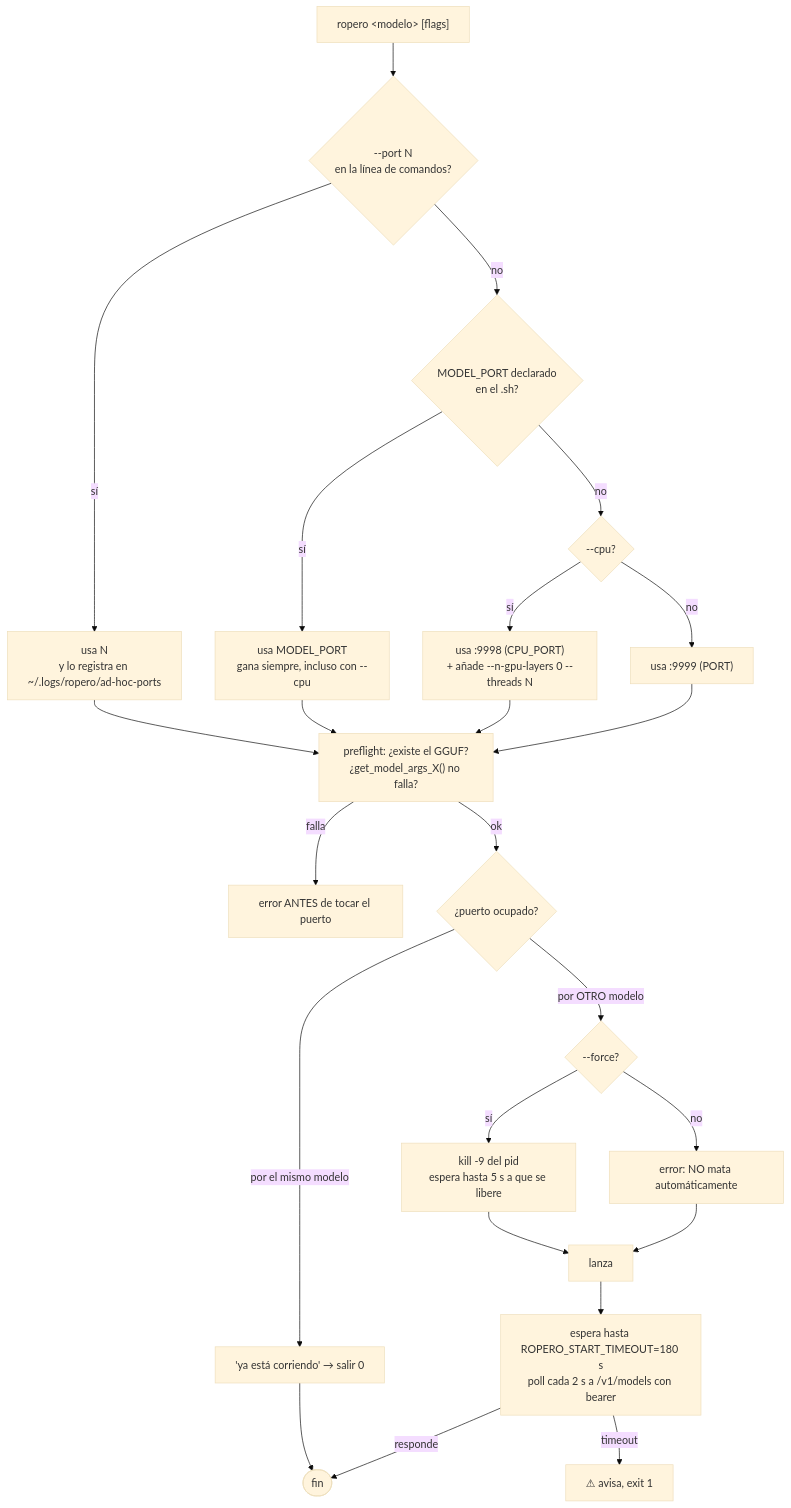
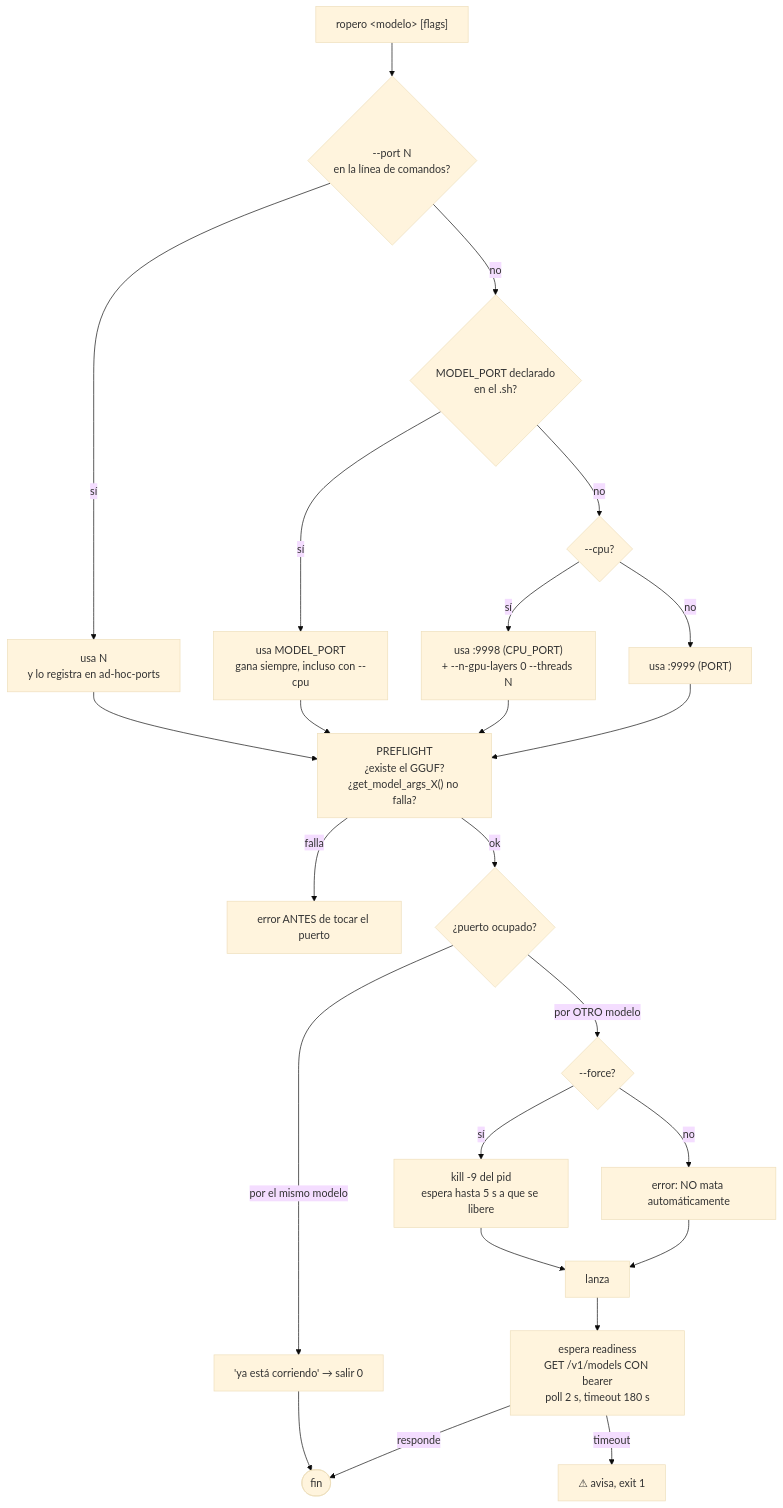
One commit to Lorenzo-SF/candil changed the first of 19 diagrams in proyecto 4.0/candil-4.0-final.md. Above: the diagram before and after it, drawn with Mermaid (base theme). The commit also changed other lines of this file, not shown here.

````diff
--- a/proyecto 4.0/candil-4.0-final.md
+++ b/proyecto 4.0/candil-4.0-final.md
@@ -304,30 +314,30 @@
 ```mermaid
 flowchart TD
     START["ropero &lt;modelo&gt; [flags]"] --> P1{"--port N<br/>en la línea de comandos?"}
-    P1 -->|sí| U1["usa N<br/>y lo registra en ~/.logs/ropero/ad-hoc-ports"]
+    P1 -->|sí| U1["usa N<br/>y lo registra en ad-hoc-ports"]
     P1 -->|no| P2{"MODEL_PORT declarado<br/>en el .sh?"}
     P2 -->|sí| U2["usa MODEL_PORT<br/>gana siempre, incluso con --cpu"]
     P2 -->|no| P3{"--cpu?"}
-    P3 -->|sí| U3["usa :9998 (CPU_PORT)<br/>+ añade --n-gpu-layers 0 --threads N"]
+    P3 -->|sí| U3["usa :9998 (CPU_PORT)<br/>+ --n-gpu-layers 0 --threads N"]
     P3 -->|no| U4["usa :9999 (PORT)"]
 
-    U1 --> PRE["preflight: ¿existe el GGUF?<br/>¿get_model_args_X() no falla?"]
+    U1 --> PRE
     U2 --> PRE
     U3 --> PRE
     U4 --> PRE
 
-    PRE -->|"falla"| FAIL["error ANTES de tocar el puerto"]
+    PRE["PREFLIGHT<br/>¿existe el GGUF?<br/>¿get_model_args_X() no falla?"] -->|"falla"| FAIL["error ANTES de tocar el puerto"]
     PRE -->|ok| OCC{"¿puerto ocupado?"}
 
     OCC -->|"por el mismo modelo"| ALR["'ya está corriendo' → salir 0"]
     OCC -->|"por OTRO modelo"| FORCE{"--force?"}
     FORCE -->|no| ERR["error: NO mata automáticamente"]
     FORCE -->|sí| KILL["kill -9 del pid<br/>espera hasta 5 s a que se libere"]
 
     KILL --> BOOT["lanza"]
     ERR --> BOOT
     ALR --> DONE(["fin"])
-    BOOT --> WAIT["espera hasta ROPERO_START_TIMEOUT=180 s<br/>poll cada 2 s a /v1/models con bearer"]
+    BOOT --> WAIT["espera readiness<br/>GET /v1/models CON bearer<br/>poll 2 s, timeout 180 s"]
     WAIT -->|"responde"| DONE
     WAIT -->|"timeout"| WARN["⚠ avisa, exit 1"]
 ```
````
